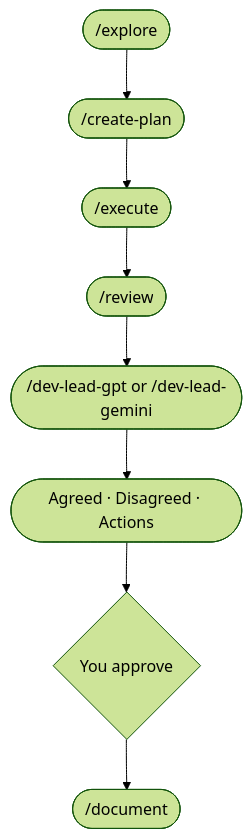
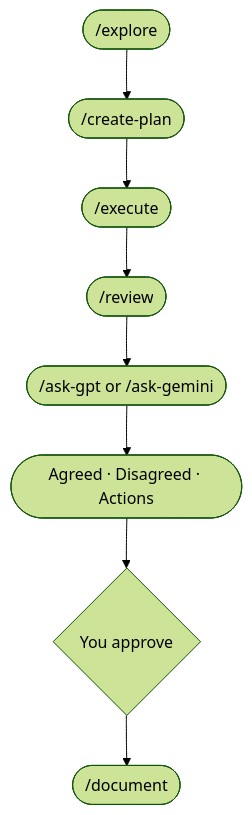
One commit to mayankmankhand/llm-peer-review changed the diagram in README.md. Above: the diagram before and after it, drawn with Mermaid (forest theme). The commit also changed other lines of this file and 13 other files, not shown here.

First line of the commit message:
Rename dev-lead commands to ask-gpt and ask-gemini

````diff
--- a/README.md
+++ b/README.md
@@ -13,10 +13,10 @@
 ```mermaid
 flowchart TD
     A(["/explore"]) --> B(["/create-plan"])
     B --> C(["/execute"])
     C --> D(["/review"])
-    D --> E(["/dev-lead-gpt or /dev-lead-gemini"])
+    D --> E(["/ask-gpt or /ask-gemini"])
     E --> F(["Agreed · Disagreed · Actions"])
     F --> G{"You approve"}
     G --> H(["/document"])
 ```
````
